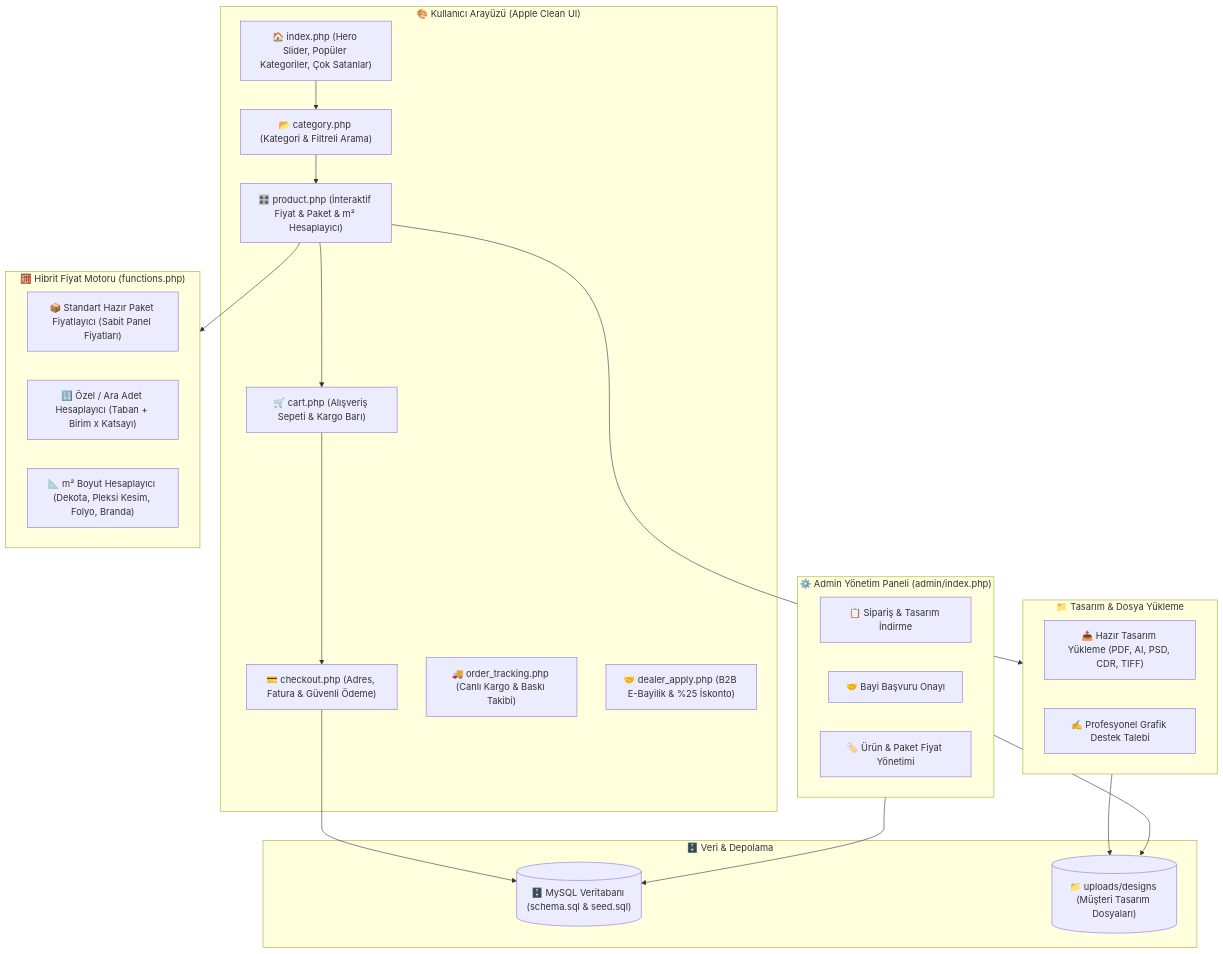
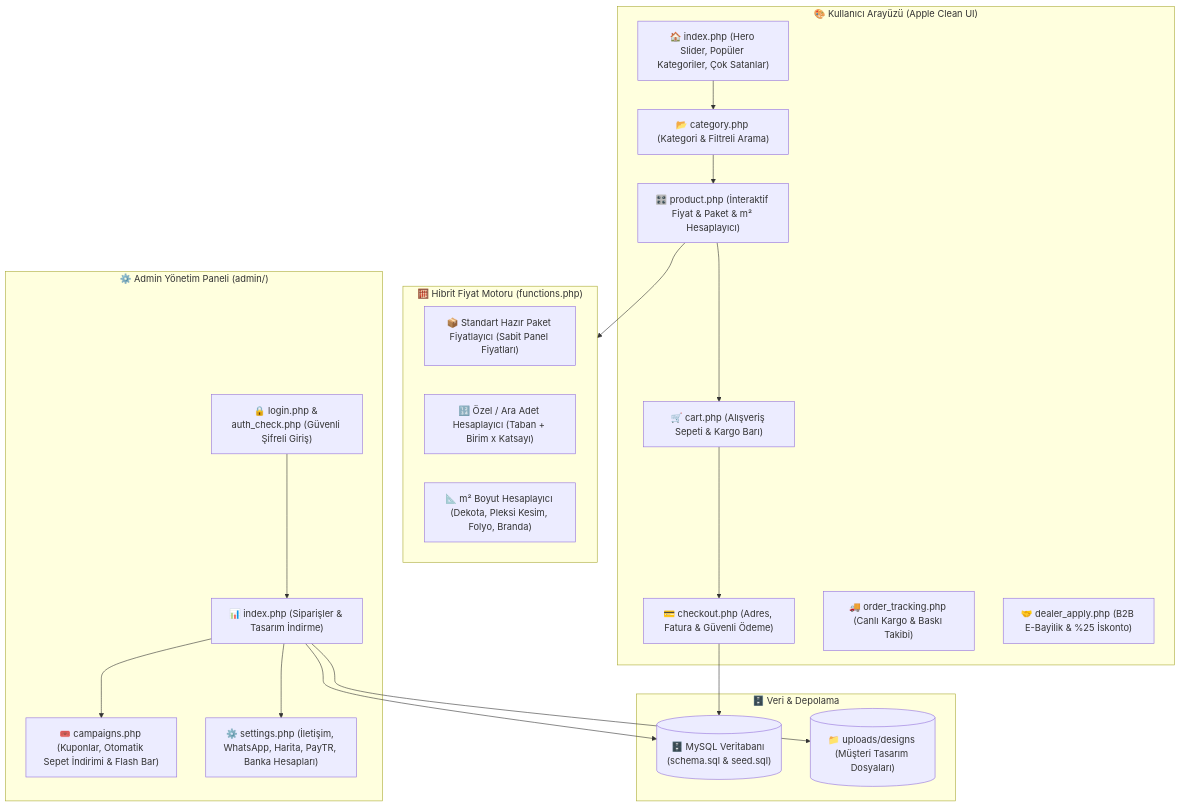
The diagram in tambaski.com.tr/ARCHITECTURE.md (arifJoker/EkimMemoOrtak), drawn with Mermaid before and after one commit. The commit also changed 11 other files, not shown here.

````diff
--- a/tambaski.com.tr/ARCHITECTURE.md
+++ b/tambaski.com.tr/ARCHITECTURE.md
@@ -3,45 +3,42 @@
 ```mermaid
 flowchart TD
     subgraph Frontend ["🎨 Kullanıcı Arayüzü (Apple Clean UI)"]
         Home["🏠 index.php (Hero Slider, Popüler Kategoriler, Çok Satanlar)"]
         Categories["📂 category.php (Kategori & Filtreli Arama)"]
         ProductPage["🎛️ product.php (İnteraktif Fiyat & Paket & m² Hesaplayıcı)"]
         CartPage["🛒 cart.php (Alışveriş Sepeti & Kargo Barı)"]
         CheckoutPage["💳 checkout.php (Adres, Fatura & Güvenli Ödeme)"]
         OrderTracking["🚚 order_tracking.php (Canlı Kargo & Baskı Takibi)"]
         DealerPortal["🤝 dealer_apply.php (B2B E-Bayilik & %25 İskonto)"]
     end
 
     subgraph PricingEngine ["🧮 Hibrit Fiyat Motoru (functions.php)"]
         PkgCalc["📦 Standart Hazır Paket Fiyatlayıcı (Sabit Panel Fiyatları)"]
         CustomQtyCalc["🔢 Özel / Ara Adet Hesaplayıcı (Taban + Birim x Katsayı)"]
         SqmCalc["📐 m² Boyut Hesaplayıcı (Dekota, Pleksi Kesim, Folyo, Branda)"]
     end
 
-    subgraph DesignAndUpload ["📁 Tasarım & Dosya Yükleme"]
-        UploadZone["📤 Hazır Tasarım Yükleme (PDF, AI, PSD, CDR, TIFF)"]
-        GraphicSupport["✍️ Profesyonel Grafik Destek Talebi"]
-    end
-
-    subgraph AdminPanel ["⚙️ Admin Yönetim Paneli (admin/index.php)"]
-        OrderManage["📋 Sipariş & Tasarım İndirme"]
-        DealerManage["🤝 Bayi Başvuru Onayı"]
-        PriceMatrix["🏷️ Ürün & Paket Fiyat Yönetimi"]
+    subgraph AdminPanel ["⚙️ Admin Yönetim Paneli (admin/)"]
+        AdminAuth["🔒 login.php & auth_check.php (Güvenli Şifreli Giriş)"]
+        AdminDashboard["📊 index.php (Siparişler & Tasarım İndirme)"]
+        CampaignManager["🎟️ campaigns.php (Kuponlar, Otomatik Sepet İndirimi & Flash Bar)"]
+        SettingsManager["⚙️ settings.php (İletişim, WhatsApp, Harita, PayTR, Banka Hesapları)"]
     end
 
     subgraph Storage ["🗄️ Veri & Depolama"]
         DB[("🗄️ MySQL Veritabanı (schema.sql & seed.sql)")]
         Uploads[("📁 uploads/designs (Müşteri Tasarım Dosyaları)")]
     end
 
     Home --> Categories
     Categories --> ProductPage
     ProductPage --> PricingEngine
-    ProductPage --> DesignAndUpload
     ProductPage --> CartPage
     CartPage --> CheckoutPage
     CheckoutPage --> DB
-    DesignAndUpload --> Uploads
-    AdminPanel --> DB
-    AdminPanel --> Uploads
+    AdminAuth --> AdminDashboard
+    AdminDashboard --> CampaignManager
+    AdminDashboard --> SettingsManager
+    AdminDashboard --> DB
+    AdminDashboard --> Uploads
 ```
````
